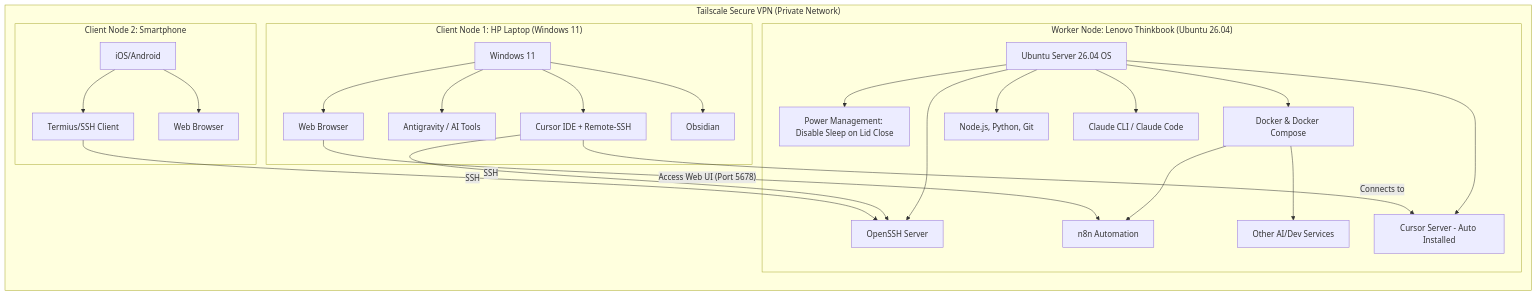
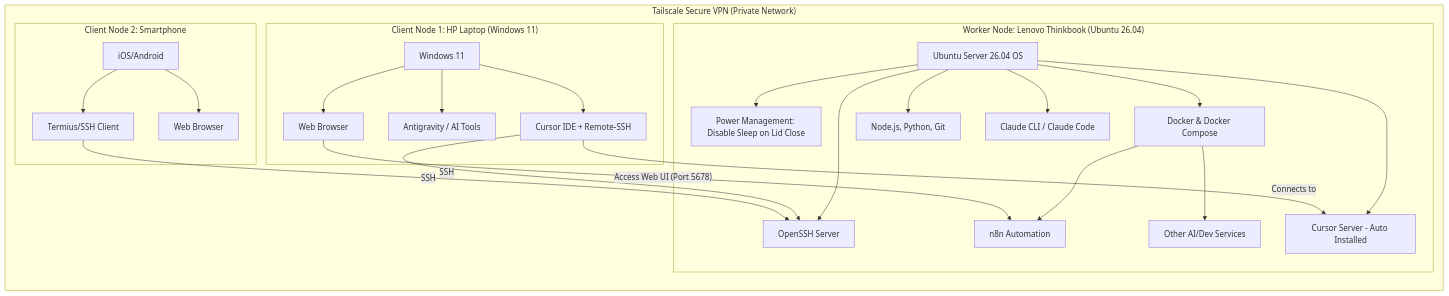
One commit to umbalaconmeogia/systems-setup changed the diagram in SetupUbuntu26.04/SetupRemoteAIWorkerEnvironment.md. Above: the diagram before and after it, drawn with Mermaid. The commit also changed other lines of this file and 1 other file, not shown here.

````diff
--- a/SetupUbuntu26.04/SetupRemoteAIWorkerEnvironment.md
+++ b/SetupUbuntu26.04/SetupRemoteAIWorkerEnvironment.md
@@ -18,39 +18,38 @@
 ```mermaid
 graph TD
     subgraph "Tailscale Secure VPN (Private Network)"
         direction TB
         
         subgraph "Worker Node: Lenovo Thinkbook (Ubuntu 26.04)"
             OS[Ubuntu Server 26.04 OS]
             OS --> PM[Power Management: Disable Sleep on Lid Close]
             OS --> SSH[OpenSSH Server]
             OS --> Docker[Docker & Docker Compose]
             
             Docker --> N8N[n8n Automation]
             Docker --> OtherServices[Other AI/Dev Services]
             
             OS --> DevEnv[Node.js, Python, Git]
             OS --> ClaudeCLI[Claude CLI / Claude Code]
             OS --> CursorServer[Cursor Server - Auto Installed]
         end
         
         subgraph "Client Node 1: HP Laptop (Windows 11)"
             WinOS[Windows 11]
             WinOS --> Cursor[Cursor IDE + Remote-SSH]
             WinOS --> Antigravity[Antigravity / AI Tools]
             WinOS --> Browser[Web Browser]
-            WinOS --> Obsidian[Obsidian]
         end
         
         subgraph "Client Node 2: Smartphone"
             PhoneOS[iOS/Android]
             PhoneOS --> Termius[Termius/SSH Client]
             PhoneOS --> PhoneBrowser[Web Browser]
         end
         
         Cursor -- "SSH" --> SSH
         Cursor -- "Connects to" --> CursorServer
         Browser -- "Access Web UI (Port 5678)" --> N8N
         Termius -- "SSH" --> SSH
     end
 ```
````
